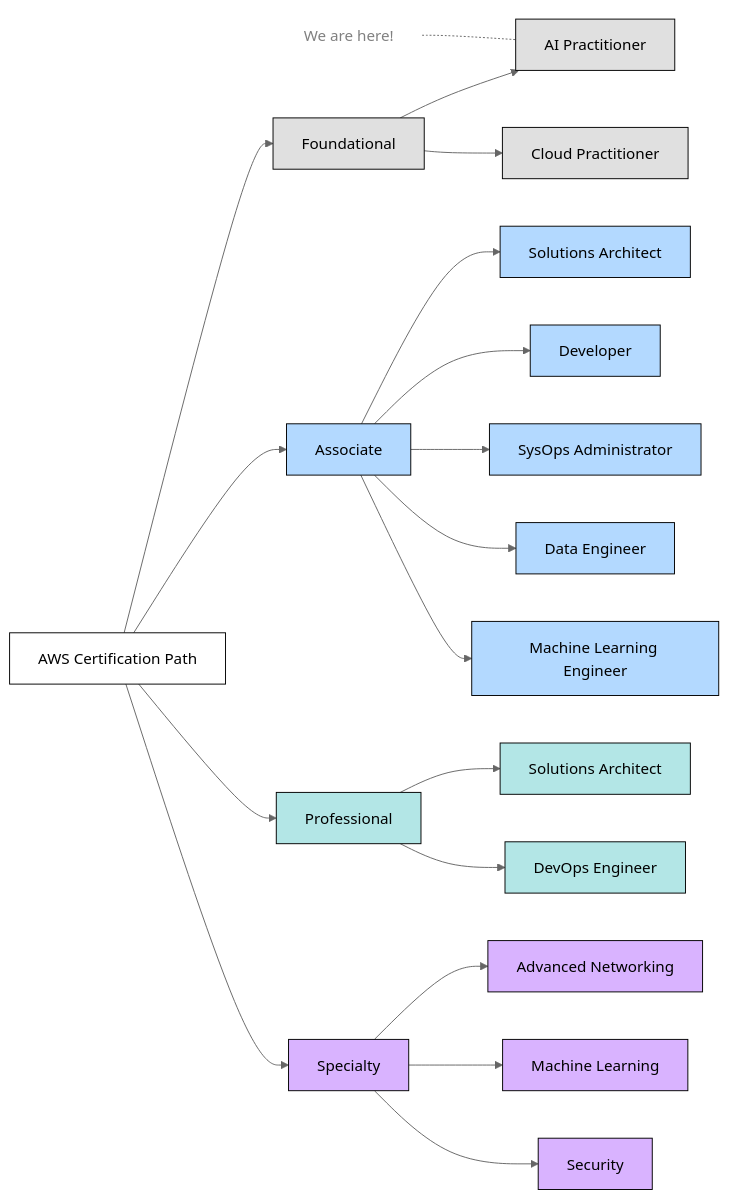
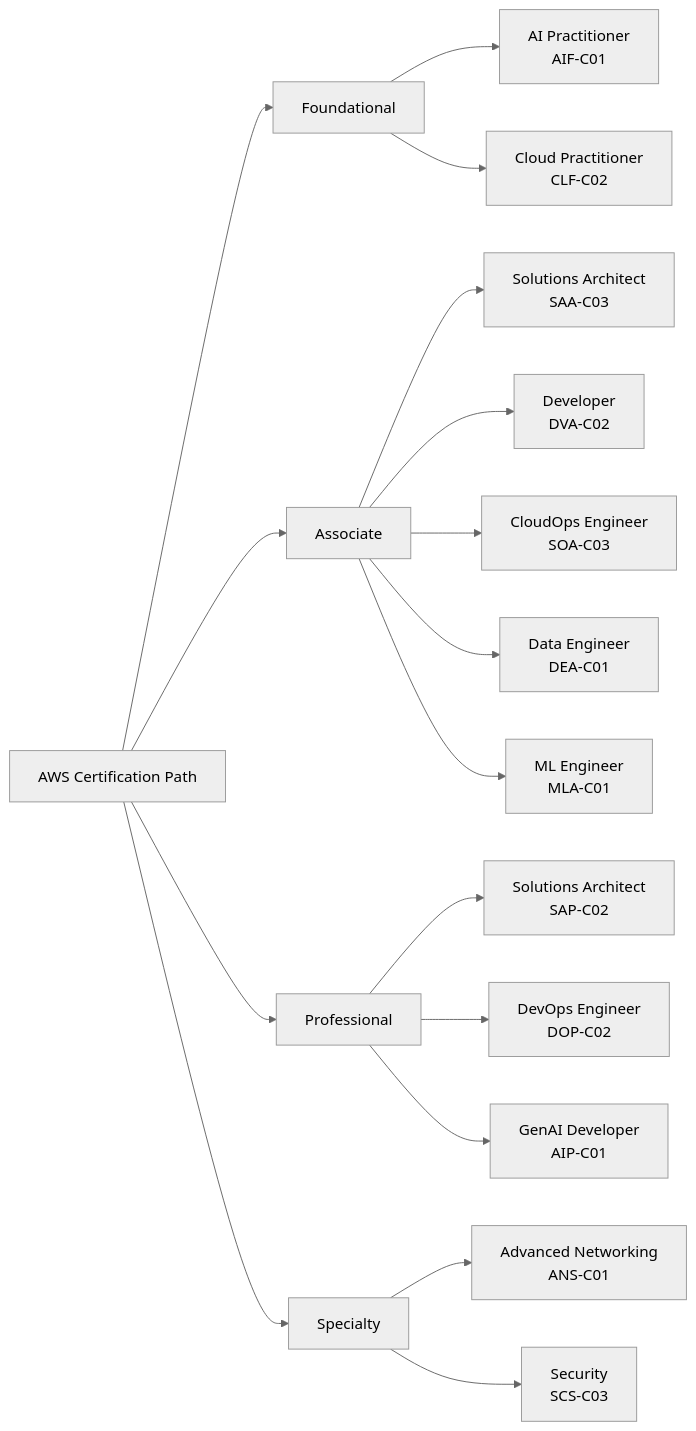
One commit to CloudCityPress/aws-aif-c01 changed the first of 5 diagrams in english/00_60_AWS_Certifications_and_exam.md. Above: the diagram before and after it, drawn with Mermaid (neutral theme). The commit also changed other lines of this file, not shown here.

First line of the commit message:
Revise AWS Certifications and AI Practitioner Exam guide

````diff
--- a/english/00_60_AWS_Certifications_and_exam.md
+++ b/english/00_60_AWS_Certifications_and_exam.md
@@ -13,31 +13,23 @@
 ```mermaid
-graph LR
+flowchart LR
     A[AWS Certification Path] --> B[Foundational]
     A --> E[Associate]
     A --> F[Professional]
     A --> G[Specialty]
-    
-    Z[We are here!]:::note -.- D
-    B:::gray --> D[AI Practitioner]:::gray
-    B:::gray --> C[Cloud Practitioner]:::gray    
-    
-    E:::blue --> H[Solutions Architect]:::blue
-    E:::blue --> I[Developer]:::blue
-    E:::blue --> J[SysOps Administrator]:::blue
-    E:::blue --> K[Data Engineer]:::blue
-    E:::blue --> L[Machine Learning Engineer]:::blue
-    
-    F:::cyan --> M[Solutions Architect]:::cyan
-    F:::cyan --> N[DevOps Engineer]:::cyan
-    
-    G:::purple --> O[Advanced Networking]:::purple
-    G:::purple --> P[Machine Learning]:::purple
-    G:::purple --> Q[Security]:::purple
-    
-    classDef gray fill:#E0E0E0,color:black
-    classDef blue fill:#B3D9FF,color:black
-    classDef cyan fill:#B3E6E6,color:black
-    classDef purple fill:#D9B3FF,color:black
-    classDef default fill:#ffffff,stroke:#000000
-    classDef note fill:none,stroke:none,color:gray
+
+    B --> D[AI Practitioner<br>AIF-C01]
+    B --> C[Cloud Practitioner<br>CLF-C02]
+
+    E --> H[Solutions Architect<br>SAA-C03]
+    E --> I[Developer<br>DVA-C02]
+    E --> J[CloudOps Engineer<br>SOA-C03]
+    E --> K[Data Engineer<br>DEA-C01]
+    E --> L[ML Engineer<br>MLA-C01]
+
+    F --> M[Solutions Architect<br>SAP-C02]
+    F --> N[DevOps Engineer<br>DOP-C02]
+    F --> P[GenAI Developer<br>AIP-C01]
+
+    G --> O[Advanced Networking<br>ANS-C01]
+    G --> Q[Security<br>SCS-C03]
 ```
````
